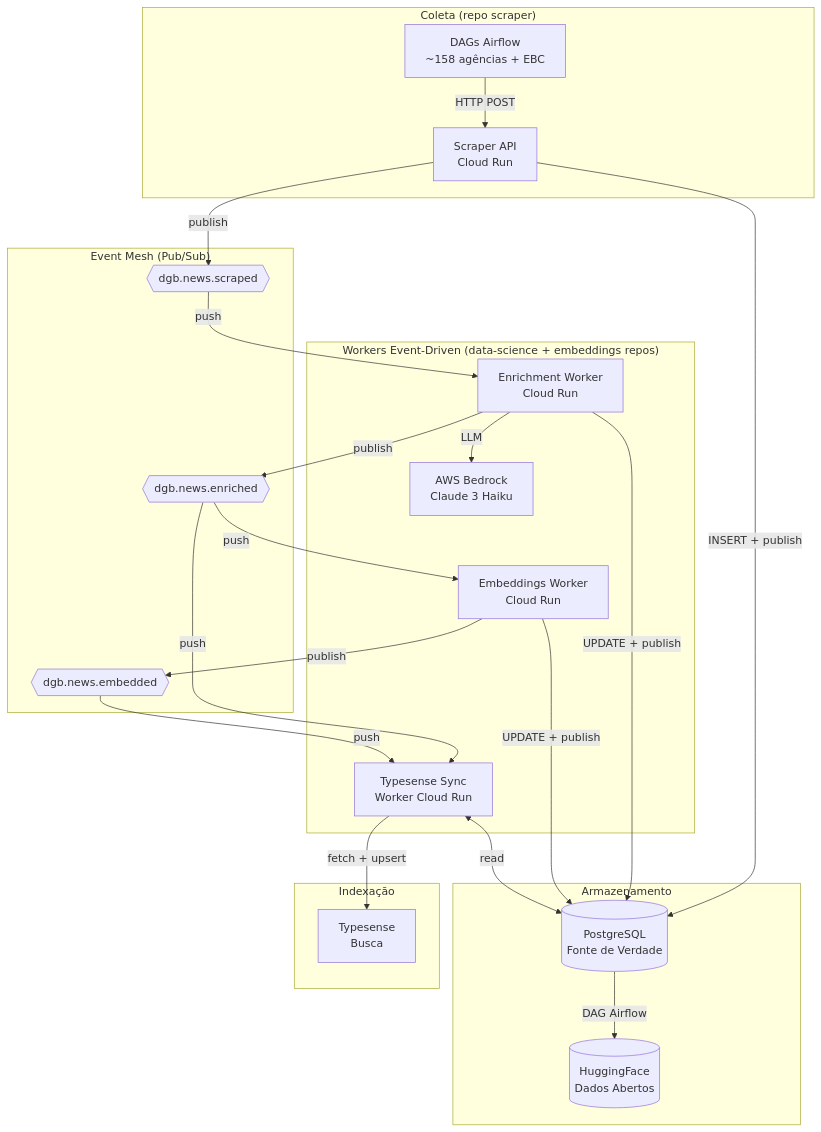
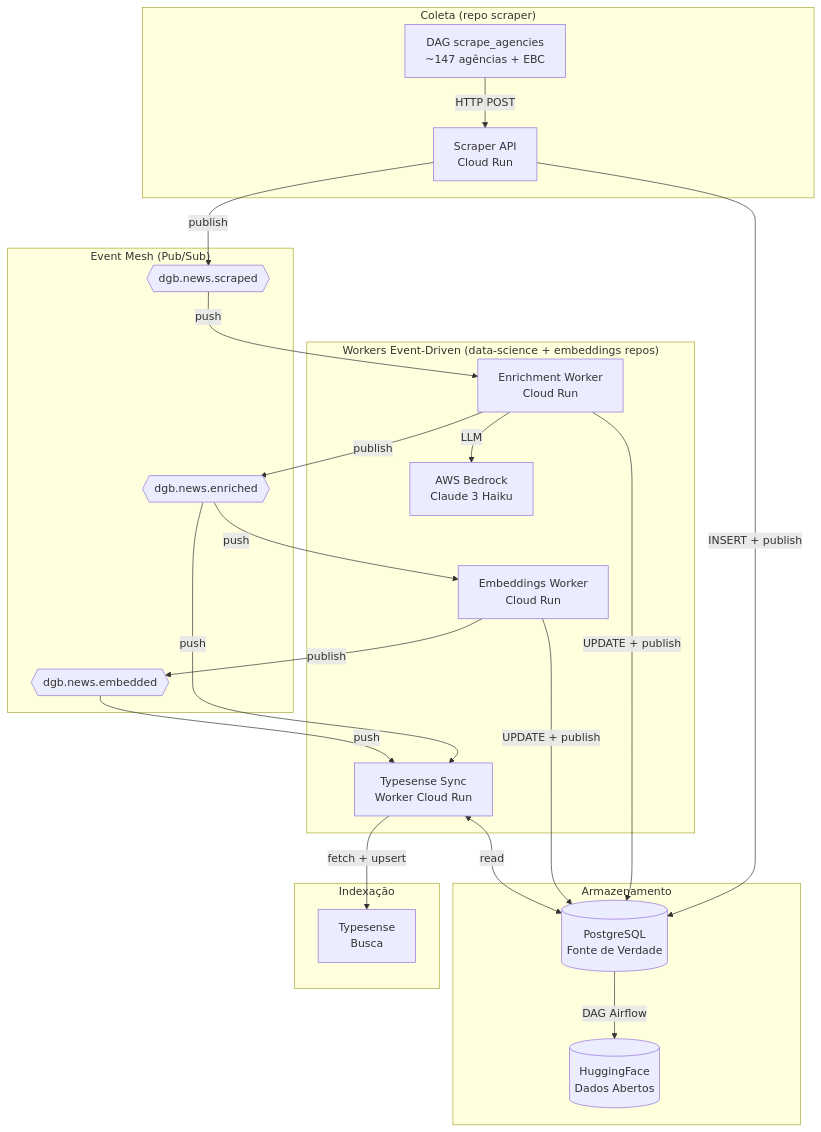
Before and after one commit to destaquesgovbr/docs: the diagram in docs/modulos/data-platform.md, drawn with Mermaid. The commit also changed 8 other files, not shown here.

First line of the commit message:
docs: orquestração no Airflow próprio da VM e scraping numa DAG a cada 2 h (#57)

````diff
--- a/docs/modulos/data-platform.md
+++ b/docs/modulos/data-platform.md
@@ -21,45 +21,45 @@
 ```mermaid
 graph TB
     subgraph "Coleta (repo scraper)"
         S[Scraper API<br/>Cloud Run]
-        DAG_S[DAGs Airflow<br/>~158 agências + EBC]
+        DAG_S[DAG scrape_agencies<br/>~147 agências + EBC]
     end
 
     subgraph "Event Mesh (Pub/Sub)"
         PS1{{dgb.news.scraped}}
         PS2{{dgb.news.enriched}}
         PS3{{dgb.news.embedded}}
     end
 
     subgraph "Armazenamento"
         PG[(PostgreSQL<br/>Fonte de Verdade)]
         HF[(HuggingFace<br/>Dados Abertos)]
     end
 
     subgraph "Workers Event-Driven (data-science + embeddings repos)"
         EW[Enrichment Worker<br/>Cloud Run]
         BEDROCK[AWS Bedrock<br/>Claude 3 Haiku]
         EAPI[Embeddings Worker<br/>Cloud Run]
         TSW[Typesense Sync<br/>Worker Cloud Run]
     end
 
     subgraph "Indexação"
         TS[Typesense<br/>Busca]
     end
 
     DAG_S -->|HTTP POST| S
     S -->|INSERT + publish| PG
     S -->|publish| PS1
     PS1 -->|push| EW
     EW -->|LLM| BEDROCK
     EW -->|UPDATE + publish| PG
     EW -->|publish| PS2
     PS2 -->|push| EAPI
     EAPI -->|UPDATE + publish| PG
     EAPI -->|publish| PS3
     PS2 -->|push| TSW
     PS3 -->|push| TSW
     TSW -->|fetch + upsert| TS
     TSW <-->|read| PG
     PG -->|DAG Airflow| HF
 ```
````
